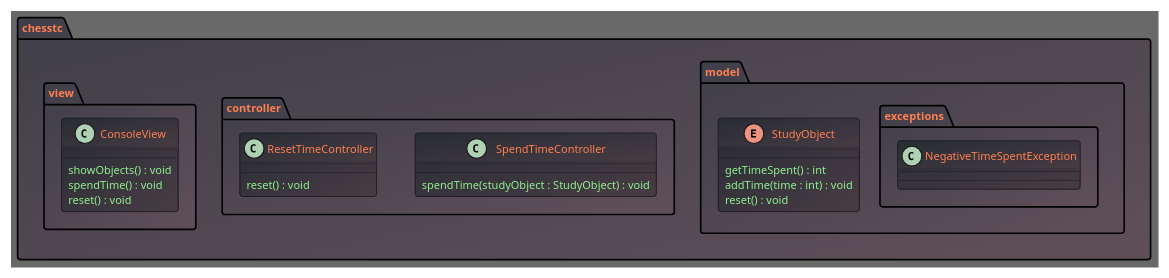
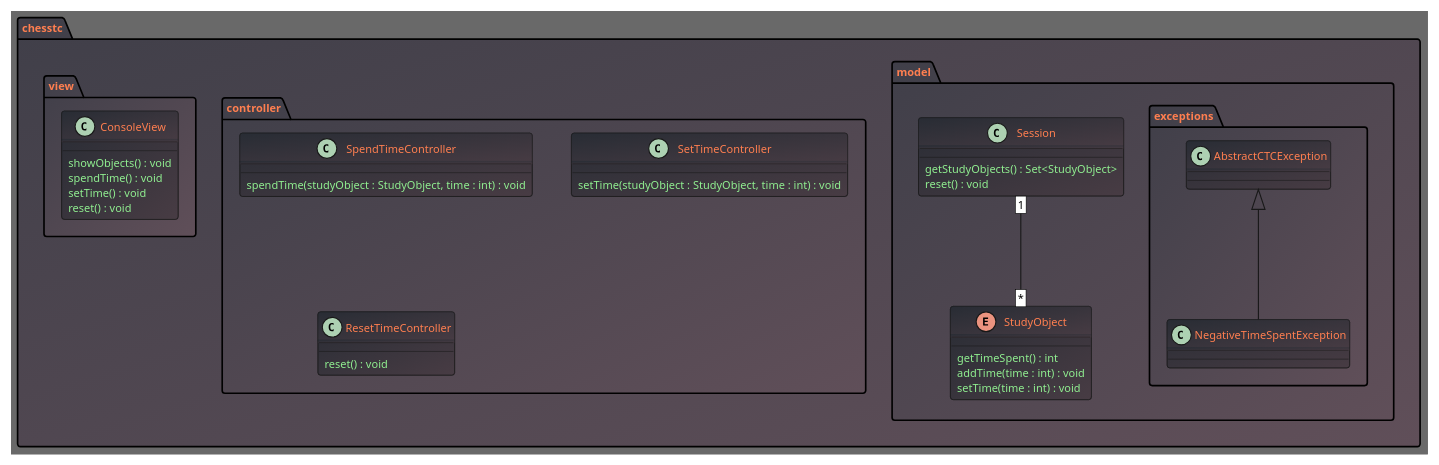
Before and after one commit to Sttanyanz/chess-training-control: the diagram in ctc.puml, drawn with PlantUML.

Commit message:
docs: updated uml

```diff
--- a/ctc.puml
+++ b/ctc.puml
@@ -1,47 +1,60 @@
 @startuml
 skinparam defaultFontSize 10
 skinparam BackgroundColor DimGray
 skinparam ClassAttributeFontColor LightGreen
 skinparam PackageFontColor coral
 skinparam ClassFontColor coral
 skinparam package {
 BackgroundColor #403F49/#604F59
 }
 skinparam class {
 BackgroundColor #282C34/#483C44
 }
 skinparam groupInheritance 2
 
 package chesstc {
     package model {
         package exceptions {
+            class AbstractCTCException
             class NegativeTimeSpentException
+            AbstractCTCException <|-- NegativeTimeSpentException
         }
 
         enum StudyObject {
             getTimeSpent() : int
             addTime(time : int) : void
+            setTime(time : int) : void
+        }
+
+        class Session {
+            getStudyObjects() : Set<StudyObject>
             reset() : void
         }
+
+        Session [1] -- [*] StudyObject
 
     }
 
     package controller {
         class SpendTimeController {
-            spendTime(studyObject : StudyObject) : void
+            spendTime(studyObject : StudyObject, time : int) : void
+        }
+        class SetTimeController {
+            setTime(studyObject : StudyObject, time : int) : void
         }
         class ResetTimeController {
             reset() : void
         }
     }
 
     package view {
         class ConsoleView {
             showObjects() : void
             spendTime() : void
+            setTime() : void
             reset() : void
         }
     }
 }
 
 @enduml
```
